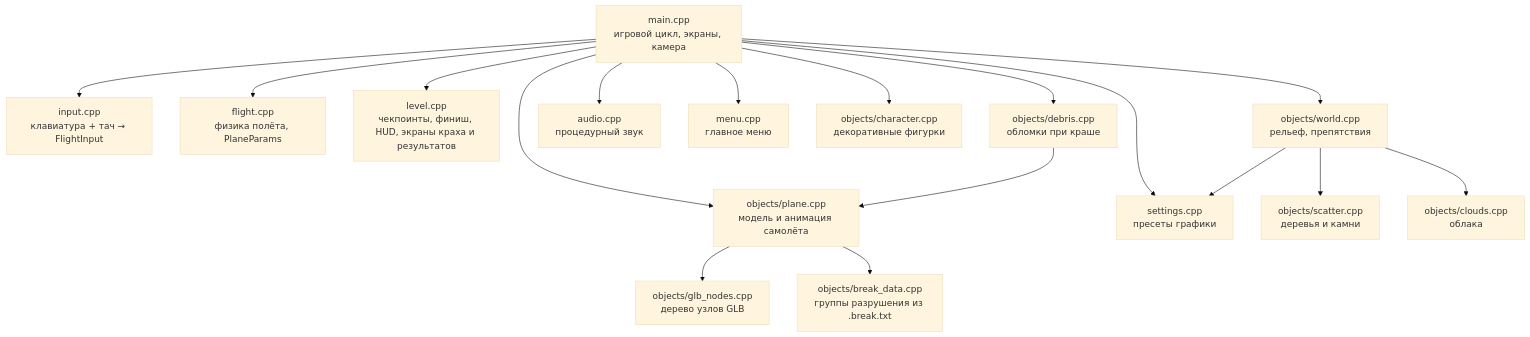
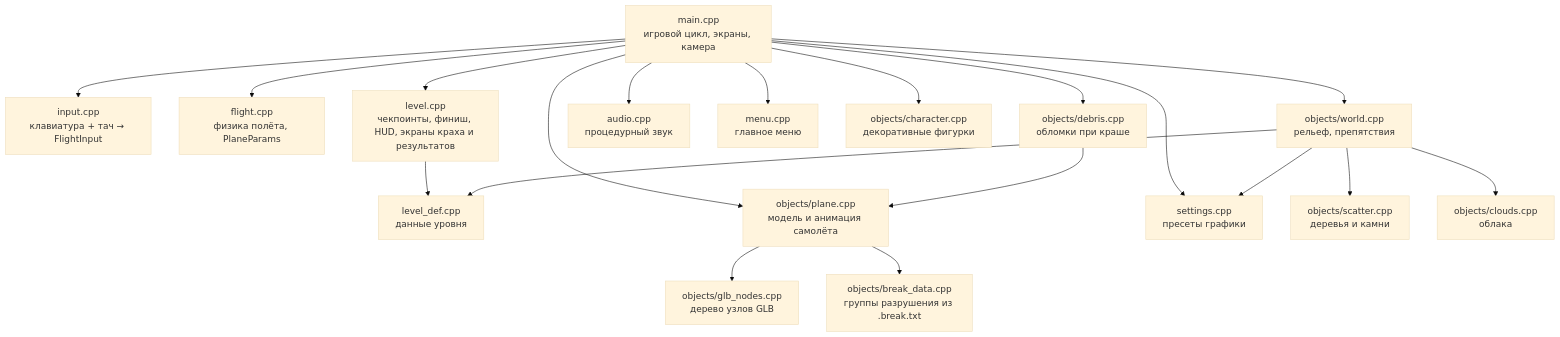
Before and after one commit to maratnek/claude-try-first: the first of 2 diagrams in docs/ARCHITECTURE.md, drawn with Mermaid (base theme). The commit also changed other lines of this file and 8 other files, not shown here.

First line of the commit message:
Level 1 content moves into a raylib-free LevelDef

````diff
--- a/docs/ARCHITECTURE.md
+++ b/docs/ARCHITECTURE.md
@@ -10,35 +10,38 @@
 ```mermaid
 flowchart TD
     main["main.cpp<br/>игровой цикл, экраны, камера"]
     input["input.cpp<br/>клавиатура + тач → FlightInput"]
     flight["flight.cpp<br/>физика полёта, PlaneParams"]
+    leveldef["level_def.cpp<br/>данные уровня"]
     level["level.cpp<br/>чекпоинты, финиш, HUD, экраны краха и результатов"]
     world["objects/world.cpp<br/>рельеф, препятствия"]
     plane["objects/plane.cpp<br/>модель и анимация самолёта"]
     glb["objects/glb_nodes.cpp<br/>дерево узлов GLB"]
     breakdata["objects/break_data.cpp<br/>группы разрушения из .break.txt"]
     audio["audio.cpp<br/>процедурный звук"]
     menu["menu.cpp<br/>главное меню"]
     settings["settings.cpp<br/>пресеты графики"]
     character["objects/character.cpp<br/>декоративные фигурки"]
     scatter["objects/scatter.cpp<br/>деревья и камни"]
     clouds["objects/clouds.cpp<br/>облака"]
 
     main --> input
     main --> flight
     main --> level
     main --> world
+    level --> leveldef
+    world --> leveldef
     main --> plane
     main --> audio
     main --> menu
     main --> settings
     main --> character
     plane --> glb
     plane --> breakdata
     debris["objects/debris.cpp<br/>обломки при краше"]
     main --> debris
     debris --> plane
     world --> settings
     world --> scatter
     world --> clouds
 ```
````
